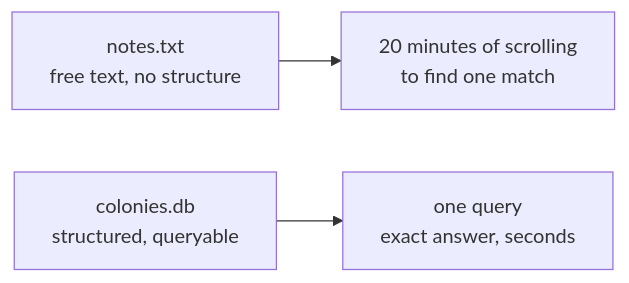
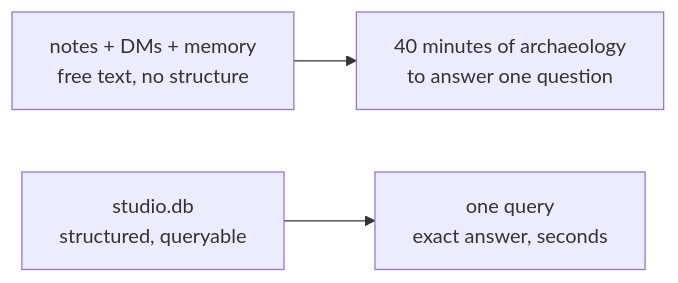
The diagram in apps/marketplace/content/tutorials/relational-databases-and-graphs/00-why-he-needs-a-scoreboard.md (AutoNateAI/roblox-gamelab-2), drawn with Mermaid before and after one commit. The commit also changed other lines of this file and 130 other files, not shown here.

````diff
--- a/apps/marketplace/content/tutorials/relational-databases-and-graphs/00-why-he-needs-a-scoreboard.md
+++ b/apps/marketplace/content/tutorials/relational-databases-and-graphs/00-why-he-needs-a-scoreboard.md
@@ -19,5 +27,5 @@
 ```mermaid
 flowchart LR
-  A["notes.txt<br/>free text, no structure"] --> B["20 minutes of scrolling<br/>to find one match"]
-  C["colonies.db<br/>structured, queryable"] --> D["one query<br/>exact answer, seconds"]
+  A["notes + DMs + memory<br/>free text, no structure"] --> B["40 minutes of archaeology<br/>to answer one question"]
+  C["studio.db<br/>structured, queryable"] --> D["one query<br/>exact answer, seconds"]
 ```
````
